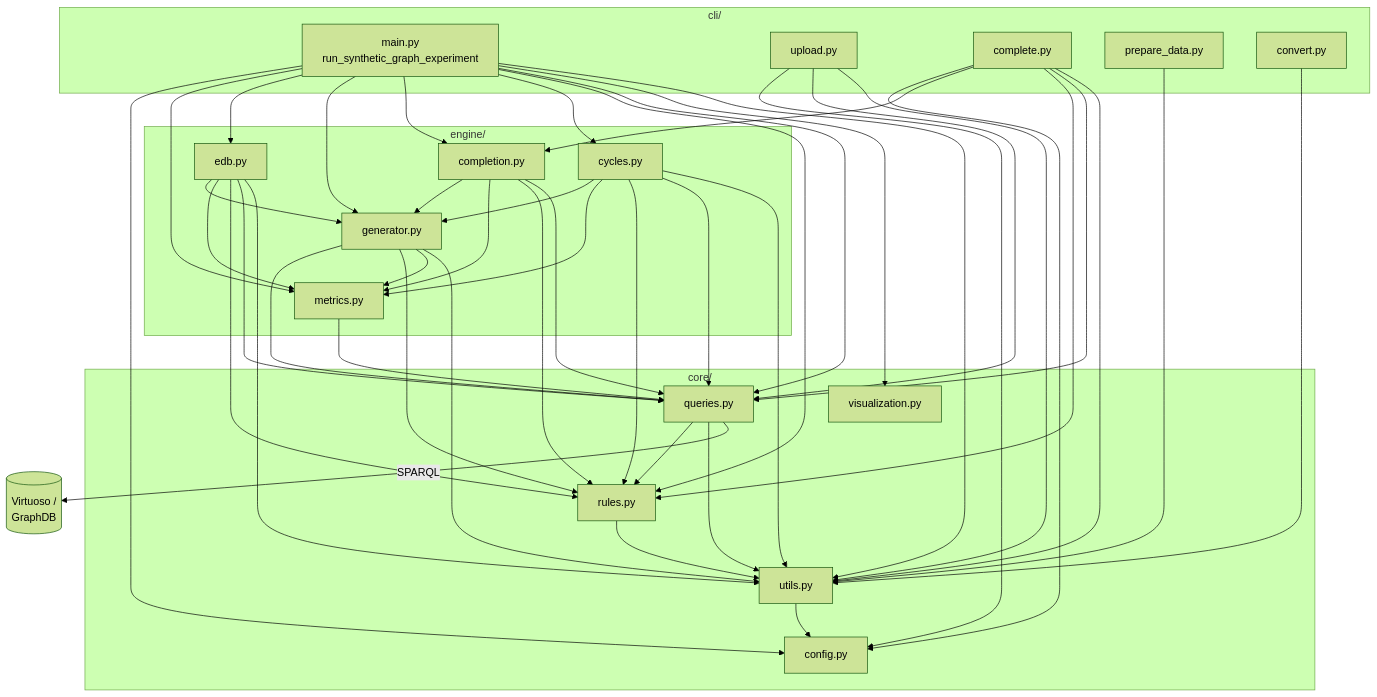
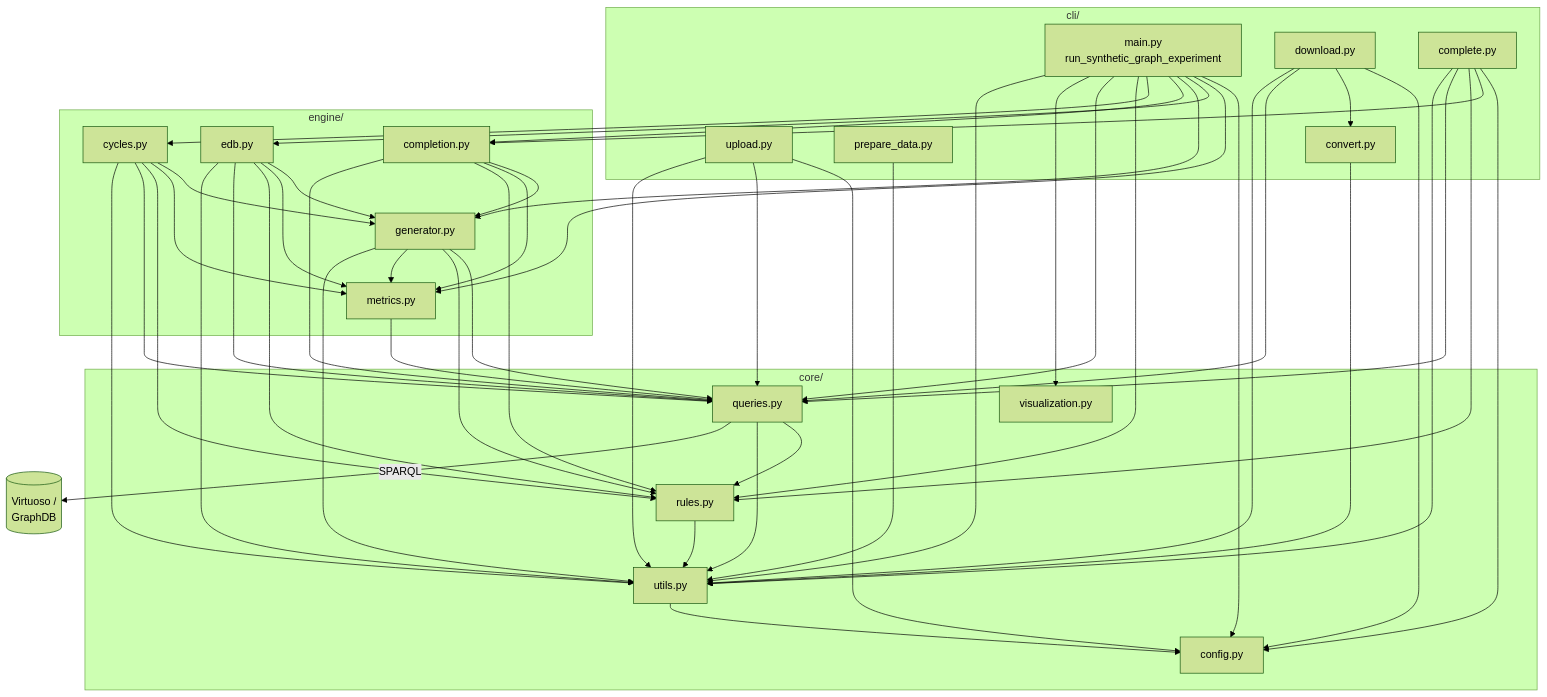
The second of 2 diagrams in docs/architecture.md (DavidGomez00/synthetic-knowledge-graph-generator), drawn with Mermaid (forest theme) before and after one commit. The commit also changed other lines of this file and 4 other files, not shown here.

First line of the commit message:
Add cli/download.py to download a graph to .nt and .tsv

````diff
--- a/docs/architecture.md
+++ b/docs/architecture.md
@@ -39,44 +39,46 @@
 ```mermaid
 flowchart TD
     subgraph cli ["cli/"]
         MAIN["main.py<br/>run_synthetic_graph_experiment"]
         UPLOAD["upload.py"]
+        DOWNLOAD["download.py"]
         COMPLETE["complete.py"]
         PREPARE["prepare_data.py"]
         CONVERT["convert.py"]
     end
 
     subgraph engine ["engine/"]
         METRICS["metrics.py"]
         EDB["edb.py"]
         GEN["generator.py"]
         COMPLETION["completion.py"]
         CYCLES["cycles.py"]
     end
 
     subgraph core ["core/"]
         RULES["rules.py"]
         QUERIES["queries.py"]
         VIS["visualization.py"]
         CONFIG["config.py"]
         UTILS["utils.py"]
     end
 
     DB[("Virtuoso /<br/>GraphDB")]
 
     MAIN --> CONFIG & METRICS & EDB & GEN & COMPLETION & CYCLES & RULES & QUERIES & VIS & UTILS
     UPLOAD --> CONFIG & QUERIES & UTILS
+    DOWNLOAD --> CONFIG & CONVERT & QUERIES & UTILS
     COMPLETE --> CONFIG & COMPLETION & RULES & QUERIES & UTILS
     PREPARE & CONVERT --> UTILS
 
     EDB --> GEN & METRICS & RULES & QUERIES & UTILS
     COMPLETION --> GEN & METRICS & RULES & QUERIES
     CYCLES --> GEN & METRICS & RULES & QUERIES & UTILS
     GEN --> QUERIES & RULES & METRICS & UTILS
     METRICS --> QUERIES
     QUERIES --> RULES & UTILS
     RULES --> UTILS
     UTILS --> CONFIG
 
     QUERIES -->|SPARQL| DB
 ```
````
